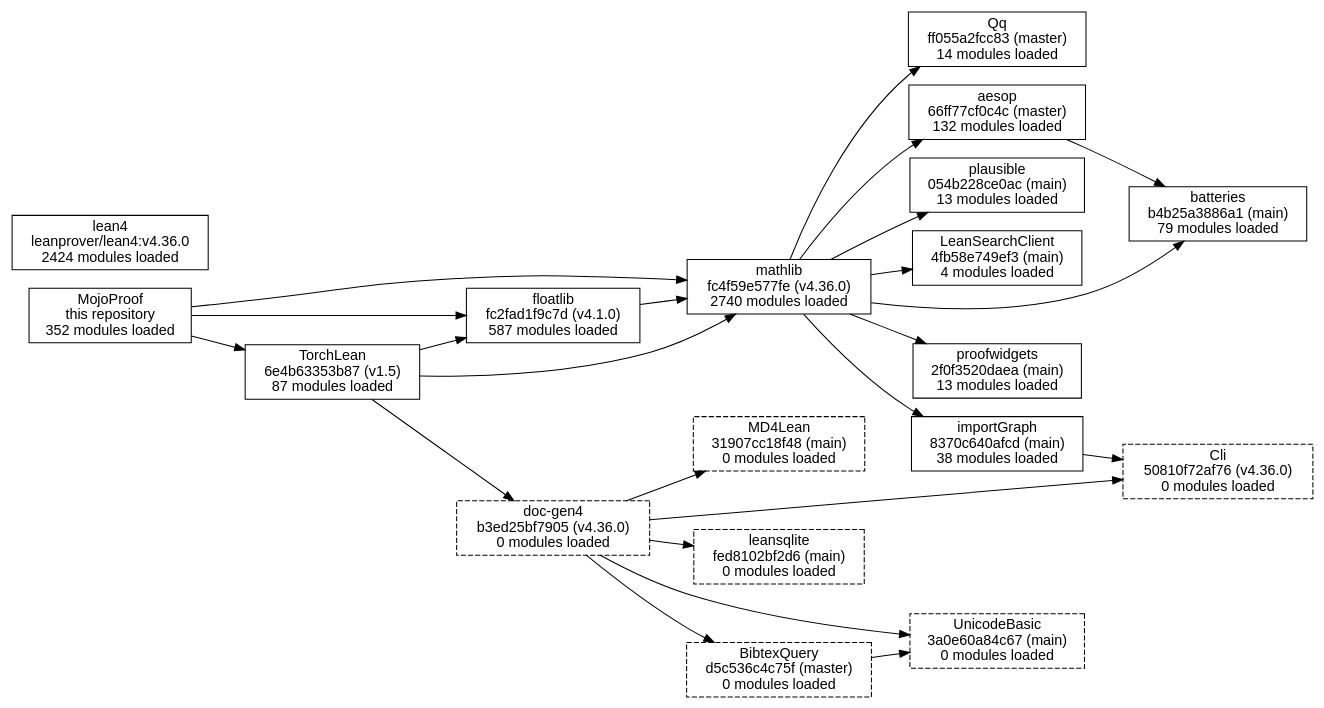
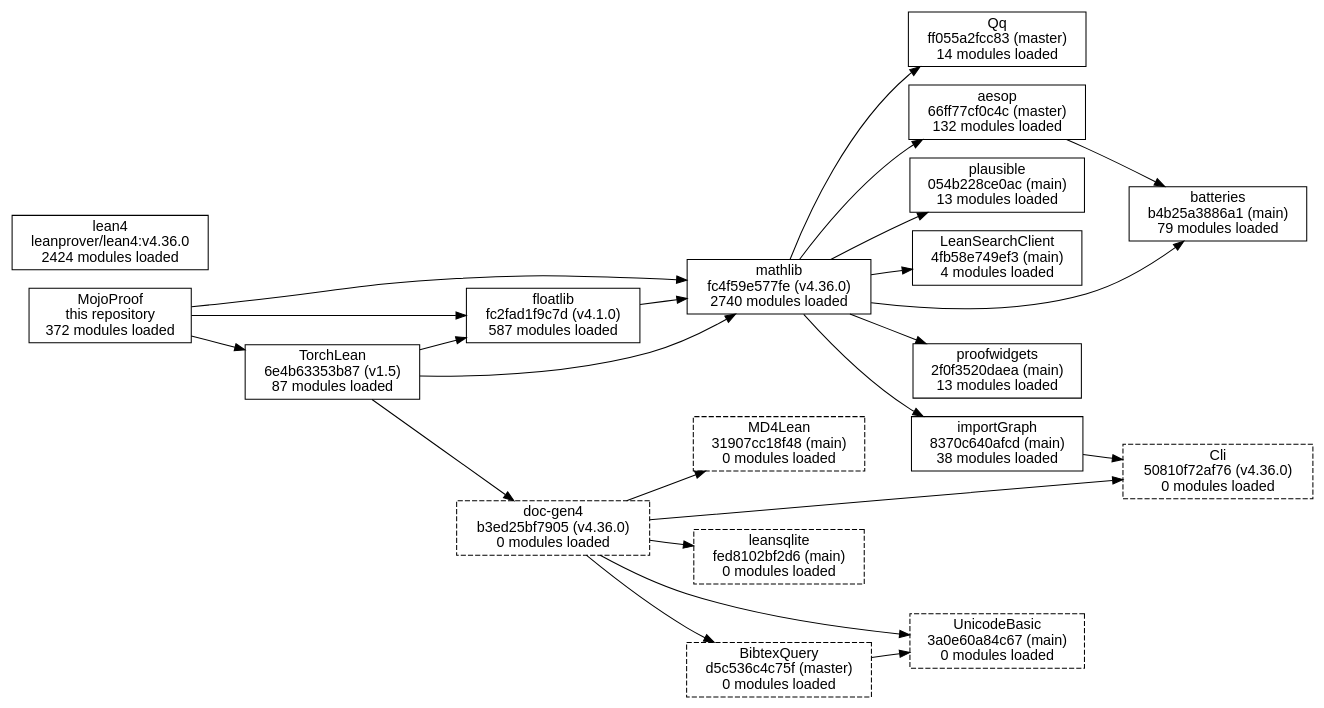
The diagram in docs/deps/packages.dot (Robertboy18/MojoProof), drawn with Graphviz before and after one commit. The commit also changed 353 other files, not shown here.

First line of the commit message:
Daily update 2026-11-28: the proofs, docs and roadmap as of dev c8bcf75

```diff
--- a/docs/deps/packages.dot
+++ b/docs/deps/packages.dot
@@ -1,44 +1,44 @@
 digraph packages {
   rankdir=LR;
   node [shape=box, fontname="Helvetica"];
-  "MojoProof" [label="MojoProof\nthis repository\n352 modules loaded"];
+  "MojoProof" [label="MojoProof\nthis repository\n372 modules loaded"];
   "mathlib" [label="mathlib\nfc4f59e577fe (v4.36.0)\n2740 modules loaded"];
   "TorchLean" [label="TorchLean\n6e4b63353b87 (v1.5)\n87 modules loaded"];
   "floatlib" [label="floatlib\nfc2fad1f9c7d (v4.1.0)\n587 modules loaded"];
   "plausible" [label="plausible\n054b228ce0ac (main)\n13 modules loaded"];
   "LeanSearchClient" [label="LeanSearchClient\n4fb58e749ef3 (main)\n4 modules loaded"];
   "importGraph" [label="importGraph\n8370c640afcd (main)\n38 modules loaded"];
   "proofwidgets" [label="proofwidgets\n2f0f3520daea (main)\n13 modules loaded"];
   "aesop" [label="aesop\n66ff77cf0c4c (master)\n132 modules loaded"];
   "Qq" [label="Qq\nff055a2fcc83 (master)\n14 modules loaded"];
   "batteries" [label="batteries\nb4b25a3886a1 (main)\n79 modules loaded"];
   "doc-gen4" [label="doc-gen4\nb3ed25bf7905 (v4.36.0)\n0 modules loaded", style="dashed"];
   "Cli" [label="Cli\n50810f72af76 (v4.36.0)\n0 modules loaded", style="dashed"];
   "leansqlite" [label="leansqlite\nfed8102bf2d6 (main)\n0 modules loaded", style="dashed"];
   "UnicodeBasic" [label="UnicodeBasic\n3a0e60a84c67 (main)\n0 modules loaded", style="dashed"];
   "BibtexQuery" [label="BibtexQuery\nd5c536c4c75f (master)\n0 modules loaded", style="dashed"];
   "MD4Lean" [label="MD4Lean\n31907cc18f48 (main)\n0 modules loaded", style="dashed"];
   "lean4" [label="lean4\nleanprover/lean4:v4.36.0\n2424 modules loaded"];
   "BibtexQuery" -> "UnicodeBasic";
   "MojoProof" -> "TorchLean";
   "MojoProof" -> "floatlib";
   "MojoProof" -> "mathlib";
   "TorchLean" -> "doc-gen4";
   "TorchLean" -> "floatlib";
   "TorchLean" -> "mathlib";
   "aesop" -> "batteries";
   "doc-gen4" -> "BibtexQuery";
   "doc-gen4" -> "Cli";
   "doc-gen4" -> "MD4Lean";
   "doc-gen4" -> "UnicodeBasic";
   "doc-gen4" -> "leansqlite";
   "floatlib" -> "mathlib";
   "importGraph" -> "Cli";
   "mathlib" -> "LeanSearchClient";
   "mathlib" -> "Qq";
   "mathlib" -> "aesop";
   "mathlib" -> "batteries";
   "mathlib" -> "importGraph";
   "mathlib" -> "plausible";
   "mathlib" -> "proofwidgets";
 }
```
